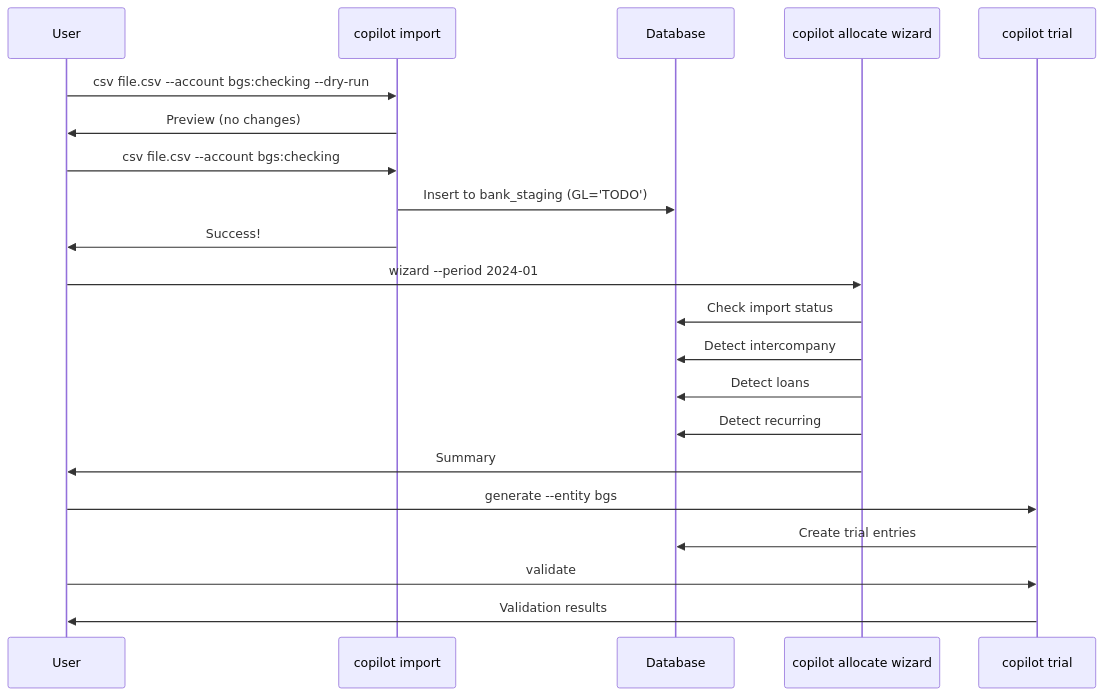
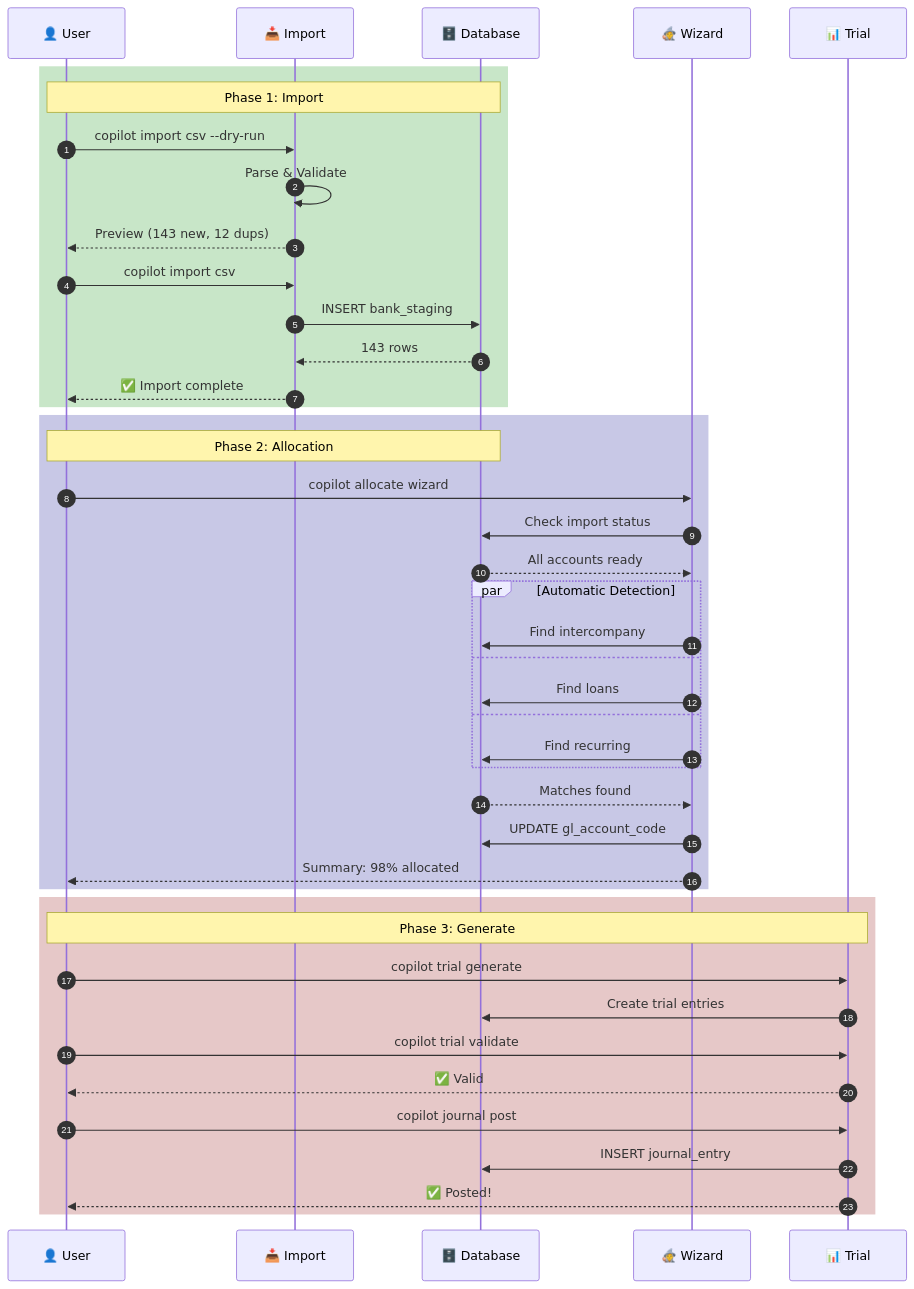
One commit to bgs-fbreen/copilot_db-development changed the seventh of 7 diagrams in docs/import-and-wizard-guide.md. Above: the diagram before and after it, drawn with Mermaid. The commit also changed other lines of this file, not shown here.

First line of the commit message:
Transform linear Mermaid diagrams into multi-dimensional workflow visualizations (#36)

````diff
--- a/docs/import-and-wizard-guide.md
+++ b/docs/import-and-wizard-guide.md
@@ -706,26 +848,50 @@
 ```mermaid
 sequenceDiagram
-    participant User
-    participant Import as copilot import
-    participant DB as Database
-    participant Wizard as copilot allocate wizard
-    participant Trial as copilot trial
-    
-    User->>Import: csv file.csv --account bgs:checking --dry-run
-    Import->>User: Preview (no changes)
-    User->>Import: csv file.csv --account bgs:checking
-    Import->>DB: Insert to bank_staging (GL='TODO')
-    Import->>User: Success!
-    
-    User->>Wizard: wizard --period 2024-01
-    Wizard->>DB: Check import status
-    Wizard->>DB: Detect intercompany
-    Wizard->>DB: Detect loans
-    Wizard->>DB: Detect recurring
-    Wizard->>User: Summary
-    
-    User->>Trial: generate --entity bgs
-    Trial->>DB: Create trial entries
-    User->>Trial: validate
-    Trial->>User: Validation results
+    autonumber
+    participant U as 👤 User
+    participant I as 📥 Import
+    participant DB as 🗄️ Database
+    participant W as 🧙 Wizard
+    participant T as 📊 Trial
+
+    rect rgb(200, 230, 200)
+        Note over U,DB: Phase 1: Import
+        U->>I: copilot import csv --dry-run
+        I->>I: Parse & Validate
+        I-->>U: Preview (143 new, 12 dups)
+        U->>I: copilot import csv
+        I->>DB: INSERT bank_staging
+        DB-->>I: 143 rows
+        I-->>U: ✅ Import complete
+    end
+
+    rect rgb(200, 200, 230)
+        Note over U,DB: Phase 2: Allocation
+        U->>W: copilot allocate wizard
+        W->>DB: Check import status
+        DB-->>W: All accounts ready
+        
+        par Automatic Detection
+            W->>DB: Find intercompany
+            and
+            W->>DB: Find loans
+            and
+            W->>DB: Find recurring
+        end
+        
+        DB-->>W: Matches found
+        W->>DB: UPDATE gl_account_code
+        W-->>U: Summary: 98% allocated
+    end
+
+    rect rgb(230, 200, 200)
+        Note over U,T: Phase 3: Generate
+        U->>T: copilot trial generate
+        T->>DB: Create trial entries
+        U->>T: copilot trial validate
+        T-->>U: ✅ Valid
+        U->>T: copilot journal post
+        T->>DB: INSERT journal_entry
+        T-->>U: ✅ Posted!
+    end
 ```
````
